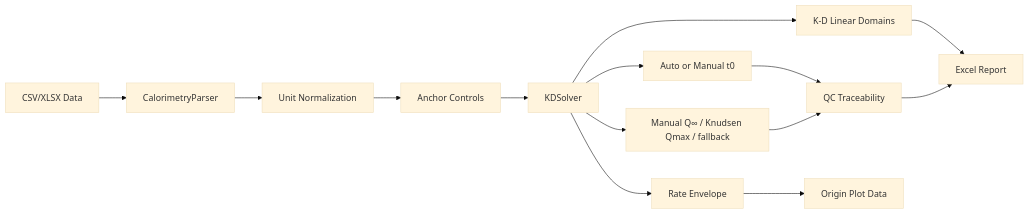
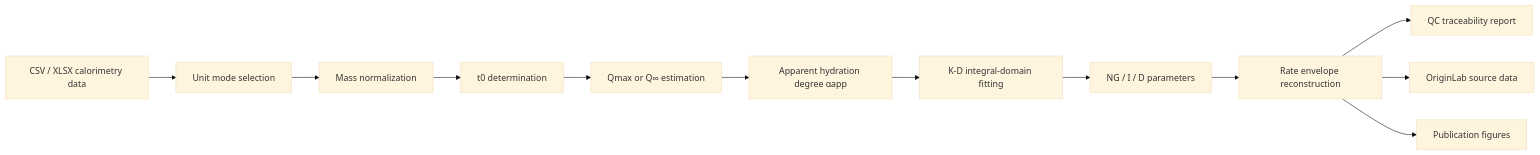
The diagram in README.md (liqinglq666/Hydration-Kinetics-Pro), drawn with Mermaid (base theme) before and after one commit. The commit also changed other lines of this file, not shown here.

````diff
--- a/README.md
+++ b/README.md
@@ -174,16 +88,14 @@
 ```mermaid
 flowchart LR
-    A[CSV/XLSX Data] --> B[CalorimetryParser]
-    B --> C[Unit Normalization]
-    C --> D[Anchor Controls]
-    D --> E[KDSolver]
-    E --> F[Auto or Manual t0]
-    E --> G[Manual Q∞ / Knudsen Qmax / fallback]
-    E --> H[K-D Linear Domains]
-    E --> I[Rate Envelope]
-    F --> J[QC Traceability]
-    G --> J
-    H --> K[Excel Report]
-    I --> L[Origin Plot Data]
-    J --> K
+    A[CSV / XLSX calorimetry data] --> B[Unit mode selection]
+    B --> C[Mass normalization]
+    C --> D[t0 determination]
+    D --> E[Qmax or Q∞ estimation]
+    E --> F[Apparent hydration degree αapp]
+    F --> G[K-D integral-domain fitting]
+    G --> H[NG / I / D parameters]
+    H --> I[Rate envelope reconstruction]
+    I --> J[QC traceability report]
+    I --> K[OriginLab source data]
+    I --> L[Publication figures]
 ```
````
